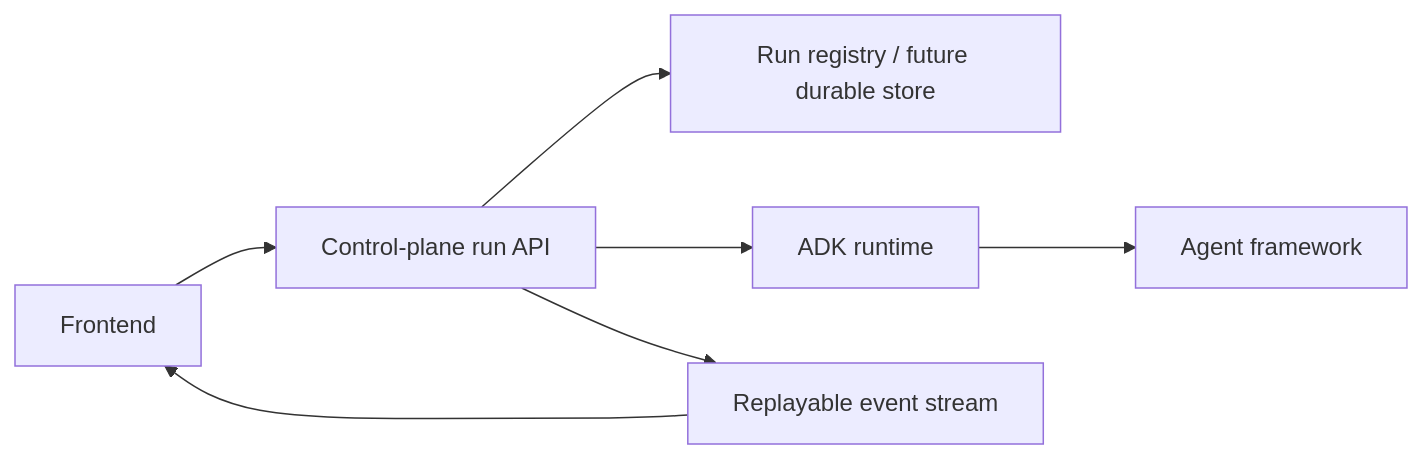
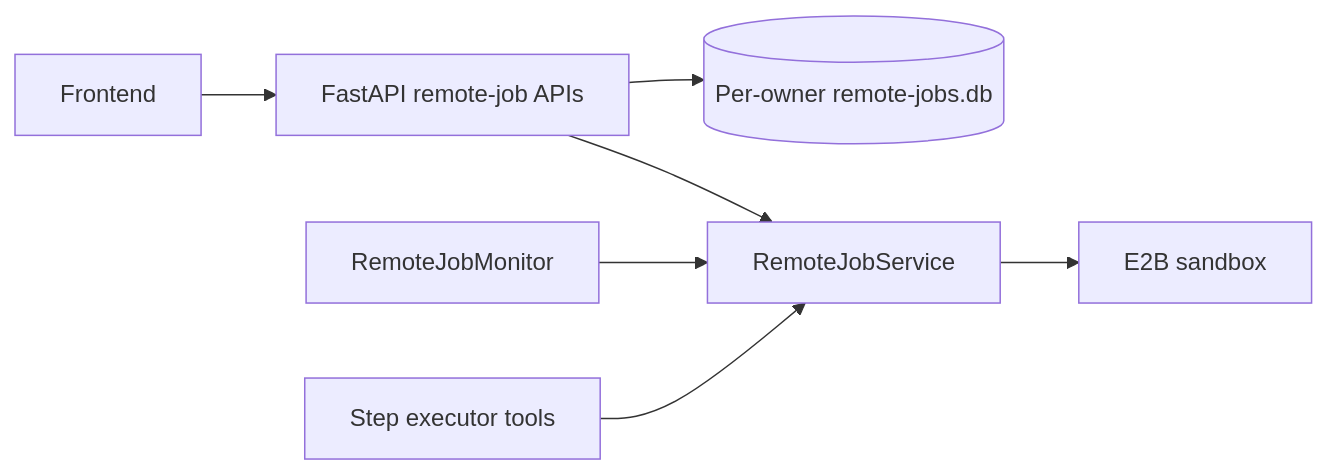
The fifth of 5 diagrams in docs/architecture_components.md (qchempku2017/MatCreator), drawn with Mermaid before and after one commit. The commit also changed other lines of this file and 10 other files, not shown here.

Commit message:
fix: issues with the remote job monitoring

````diff
--- a/docs/architecture_components.md
+++ b/docs/architecture_components.md
@@ -158,9 +159,9 @@
 ```mermaid
 flowchart LR
-    FE[Frontend] --> Runs[Control-plane run API]
-    Runs --> RunStore[Run registry / future durable store]
-    Runs --> ADK[ADK runtime]
-    ADK --> Agent[Agent framework]
-    Runs --> Events[Replayable event stream]
-    Events --> FE
+    FE[Frontend] --> API[FastAPI remote-job APIs]
+    API --> Store[(Per-owner remote-jobs.db)]
+    API --> Service[RemoteJobService]
+    Monitor[RemoteJobMonitor] --> Service
+    Service --> E2B[E2B sandbox]
+    Agent[Step executor tools] --> Service
 ```
````
